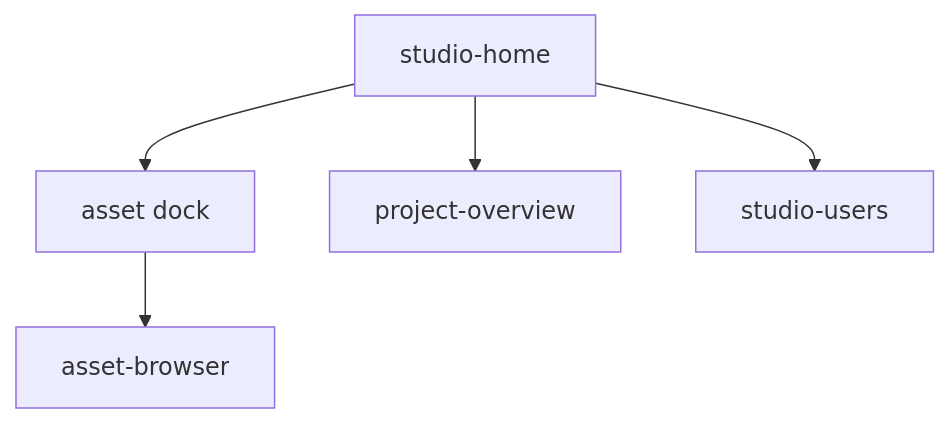
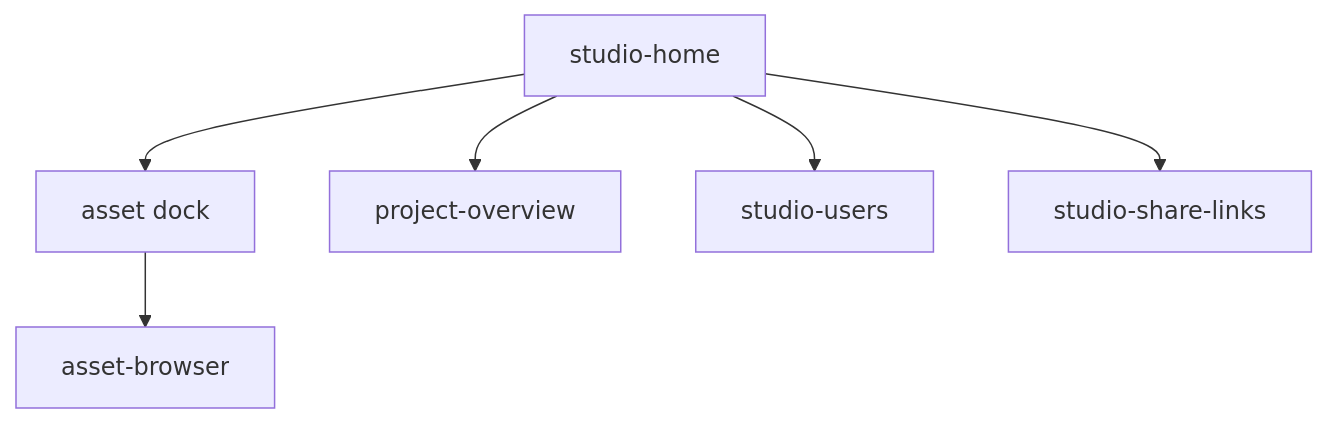
Before and after one commit to JollyPixel/editor: the fifth of 6 diagrams in packages/studio/ARCHITECTURE.md, drawn with Mermaid. The commit also changed other lines of this file and 92 other files, not shown here.

````diff
--- a/packages/studio/ARCHITECTURE.md
+++ b/packages/studio/ARCHITECTURE.md
@@ -167,12 +173,14 @@
 ```mermaid
 flowchart TB
   Home["studio-home"]
   Dock["asset dock"]
   Overview["project-overview"]
   Browser["asset-browser"]
   Users["studio-users"]
+  Links["studio-share-links"]
   Home --> Dock
   Home --> Overview
   Home --> Users
+  Home --> Links
   Dock --> Browser
 ```
````
